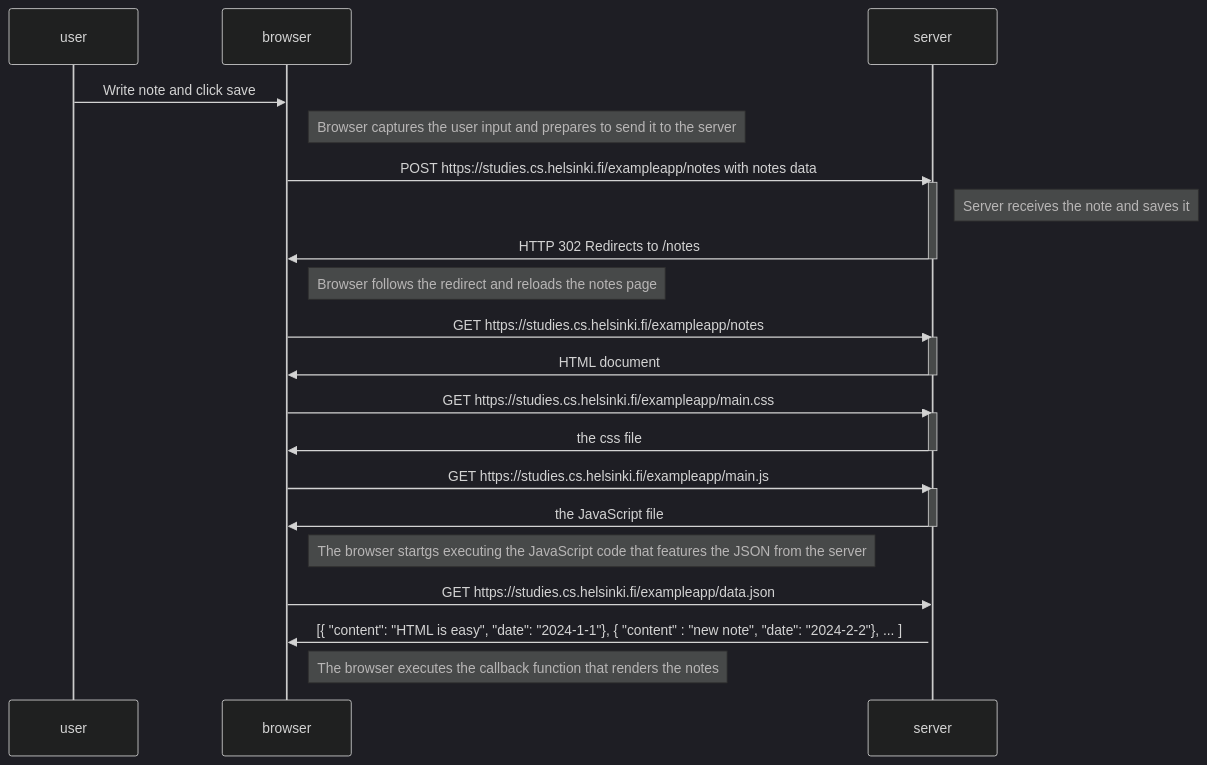
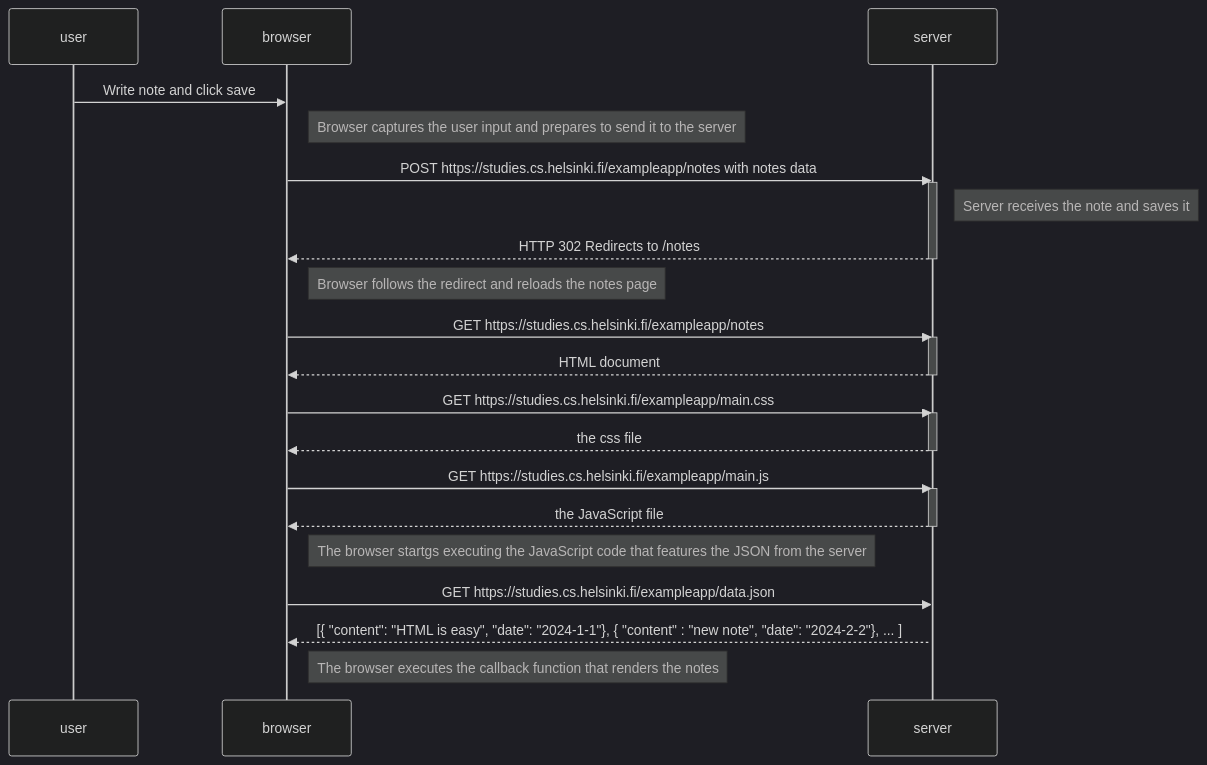
Before and after one commit to ST-KO/fullstackopen: the diagram in part0/0.4.md, drawn with Mermaid (dark theme). The commit also changed 1 other file, not shown here.

Commit message:
assignment 0.5

````diff
--- a/part0/0.4.md
+++ b/part0/0.4.md
@@ -1,40 +1,40 @@
 ```mermaid
 sequenceDiagram
     participant user
     participant browser
     participant server
 
     user->>browser: Write note and click save
     Note right of browser: Browser captures the user input and prepares to send it to the server
 
     browser->>server: POST https://studies.cs.helsinki.fi/exampleapp/notes with notes data
     activate server
     Note right of server: Server receives the note and saves it
-    server->>browser: HTTP 302 Redirects to /notes
+    server-->>browser: HTTP 302 Redirects to /notes
     deactivate server
 
     Note right of browser: Browser follows the redirect and reloads the notes page
 
     browser->>server: GET https://studies.cs.helsinki.fi/exampleapp/notes
     activate server
-    server->>browser: HTML document
+    server-->>browser: HTML document
     deactivate server
 
     browser->>server: GET https://studies.cs.helsinki.fi/exampleapp/main.css
     activate server
-    server->>browser: the css file
+    server-->>browser: the css file
     deactivate server
 
     browser->>server: GET https://studies.cs.helsinki.fi/exampleapp/main.js
     activate server
-    server->>browser: the JavaScript file
+    server-->>browser: the JavaScript file
     deactivate server
 
     Note right of browser: The browser startgs executing the JavaScript code that features the JSON from the server
 
     browser->>server: GET https://studies.cs.helsinki.fi/exampleapp/data.json
     activate server
-    server->>browser: [{ "content": "HTML is easy", "date": "2024-1-1"}, { "content" : "new note", "date": "2024-2-2"}, ... ]
+    server-->>browser: [{ "content": "HTML is easy", "date": "2024-1-1"}, { "content" : "new note", "date": "2024-2-2"}, ... ]
 
     Note right of browser: The browser executes the callback function that renders the notes
 ```
````
